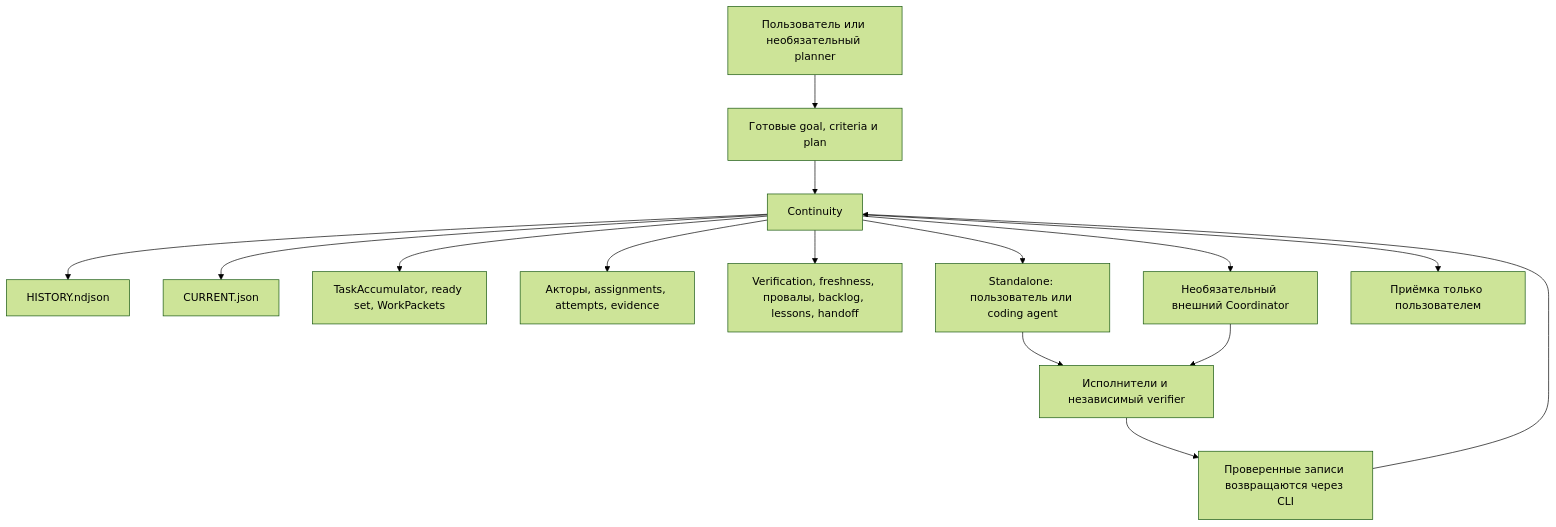
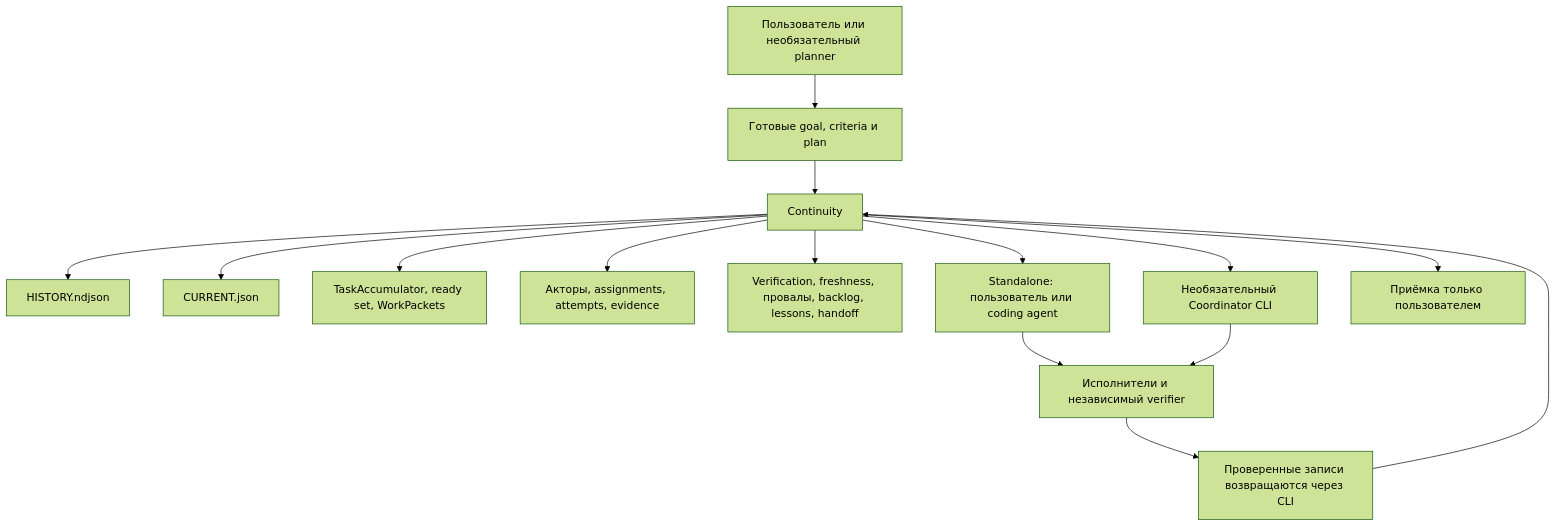
Before and after one commit to Altarnik88/continuity: the second of 2 diagrams in README.ru.md, drawn with Mermaid (forest theme). The commit also changed other lines of this file and 12 other files, not shown here.

Commit message:
docs: add architecture, protocol, install, coordinator, adapters, migration, release docs and README profiles

````diff
--- a/README.ru.md
+++ b/README.ru.md
@@ -119,17 +162,17 @@
 ```mermaid
 flowchart TB
   user["Пользователь или необязательный planner"] --> ready["Готовые goal, criteria и plan"]
   ready --> continuity["Continuity"]
   continuity --> journal["HISTORY.ndjson"]
   continuity --> projection["CURRENT.json"]
   continuity --> derived["TaskAccumulator, ready set, WorkPackets"]
   continuity --> records["Акторы, assignments, attempts, evidence"]
   continuity --> status["Verification, freshness, провалы, backlog, lessons, handoff"]
   continuity --> standalone["Standalone: пользователь или coding agent"]
-  continuity --> coordinated["Необязательный внешний Coordinator"]
+  continuity --> coordinated["Необязательный Coordinator CLI"]
   standalone --> workers["Исполнители и независимый verifier"]
   coordinated --> workers
   workers --> validated["Проверенные записи возвращаются через CLI"]
   validated --> continuity
   continuity --> acceptance["Приёмка только пользователем"]
 ```
````
